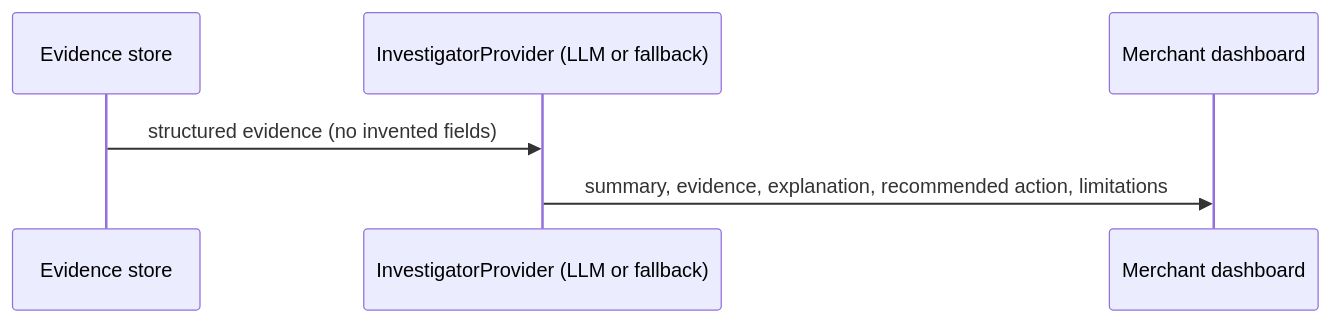
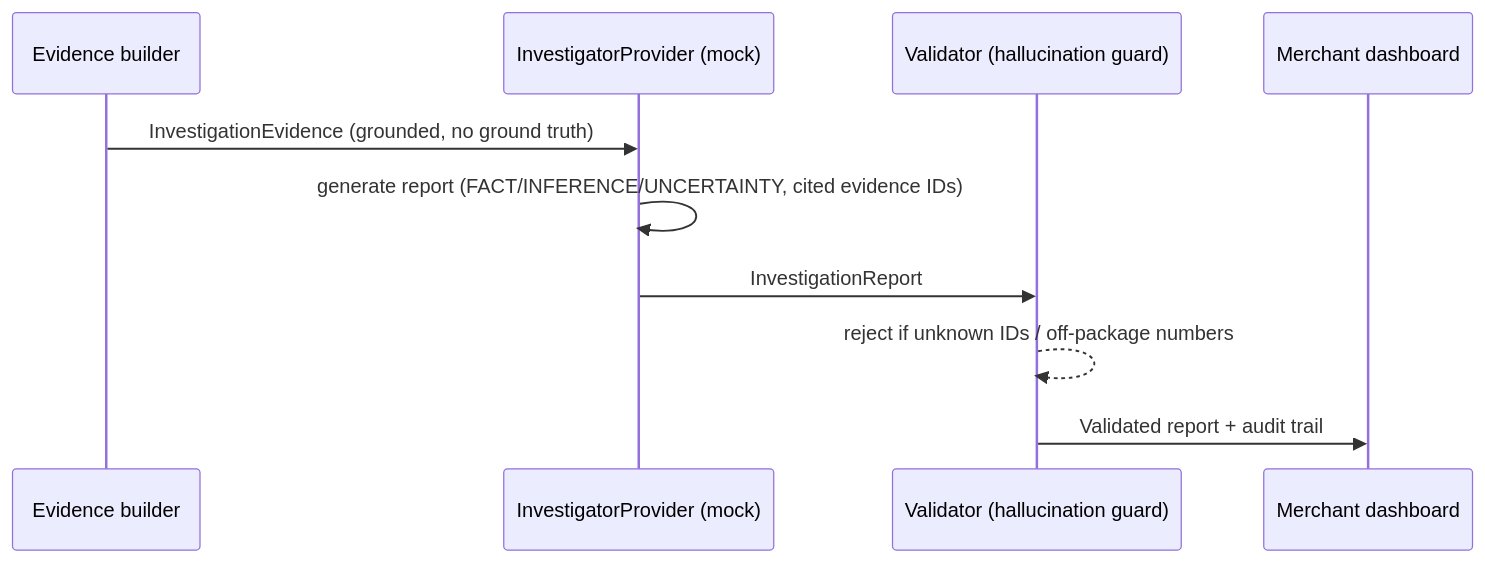
One commit to yatinannam/RiskLattice changed the fifth of 5 diagrams in docs/architecture/architecture.md. Above: the diagram before and after it, drawn with Mermaid. The commit also changed other lines of this file and 10 other files, not shown here.

Commit message:
Phase 6: Implemented AI investigation layer with deterministic mock provider

````diff
--- a/docs/architecture/architecture.md
+++ b/docs/architecture/architecture.md
@@ -322,8 +326,12 @@
 ```mermaid
 sequenceDiagram
-    participant E as Evidence store
-    participant P as InvestigatorProvider (LLM or fallback)
+    participant E as Evidence builder
+    participant P as InvestigatorProvider (mock)
+    participant V as Validator (hallucination guard)
     participant M as Merchant dashboard
-    E->>P: structured evidence (no invented fields)
-    P->>M: summary, evidence, explanation, recommended action, limitations
+    E->>P: InvestigationEvidence (grounded, no ground truth)
+    P->>P: generate report (FACT/INFERENCE/UNCERTAINTY, cited evidence IDs)
+    P->>V: InvestigationReport
+    V-->>V: reject if unknown IDs / off-package numbers
+    V->>M: Validated report + audit trail
 ```
````
